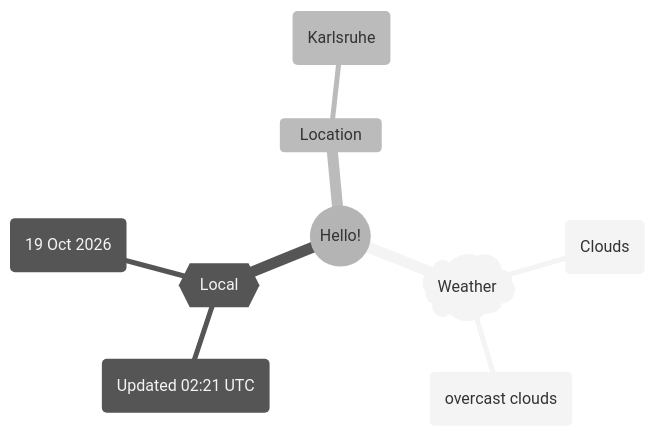
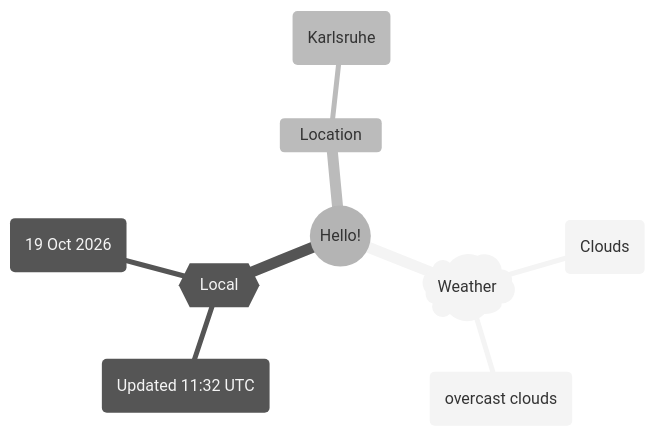
The first of 2 diagrams in README.md (Xosrov/Xosrov), drawn with Mermaid (neutral theme) before and after one commit.

Commit message:
[bot] updated images

````diff
--- a/README.md
+++ b/README.md
@@ -3,12 +3,12 @@
 ```mermaid
 mindmap
   root((Hello!))
     )Weather(
         (Clouds)
         (overcast clouds)
     {{Local}}
-        (Updated 02:21 UTC)
+        (Updated 11:32 UTC)
         (19 Oct 2026)
     Location
         (Karlsruhe)
 ```
````
